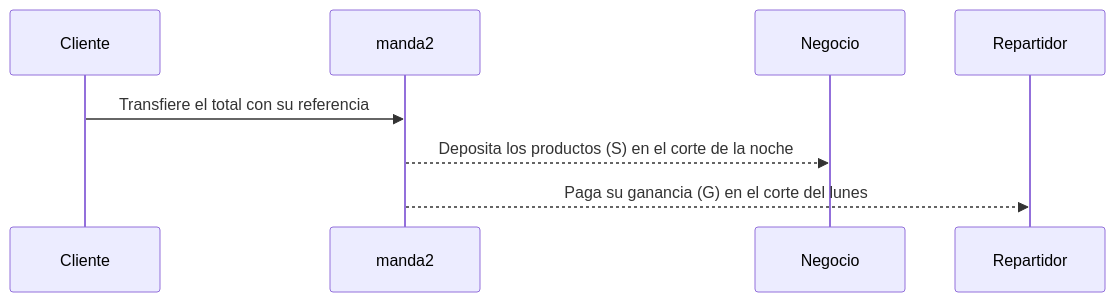
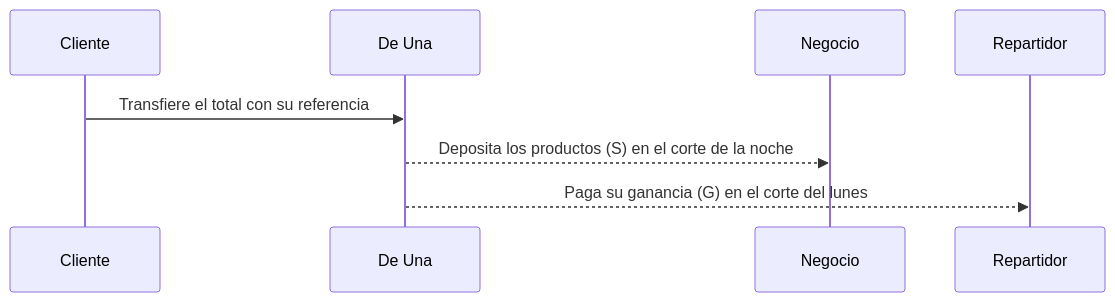
One commit to abycmexico/de-una changed the second of 2 diagrams in docs/03-dinero.md. Above: the diagram before and after it, drawn with Mermaid. The commit also changed other lines of this file and 38 other files, not shown here.

````diff
--- a/docs/03-dinero.md
+++ b/docs/03-dinero.md
@@ -49,10 +49,10 @@
 ```mermaid
 sequenceDiagram
     participant C as Cliente
-    participant M as manda2
+    participant M as De Una
     participant N as Negocio
     participant R as Repartidor
     C->>M: Transfiere el total con su referencia
     M-->>N: Deposita los productos (S) en el corte de la noche
     M-->>R: Paga su ganancia (G) en el corte del lunes
 ```
````
